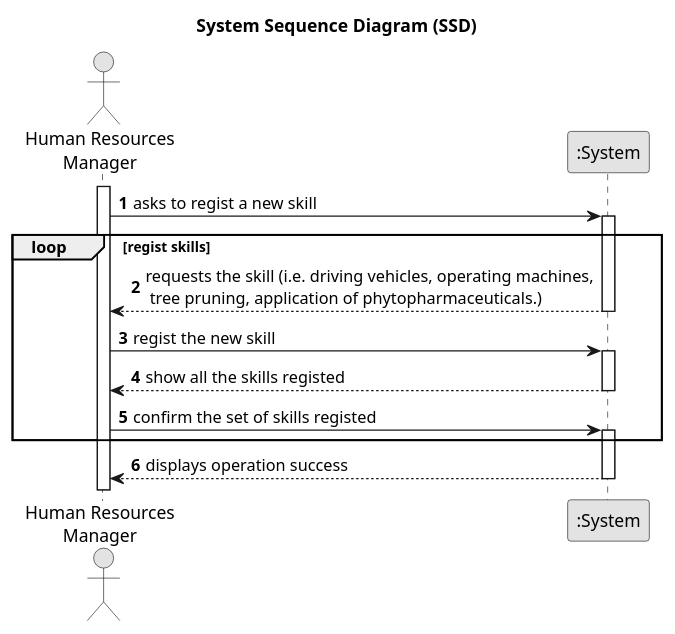
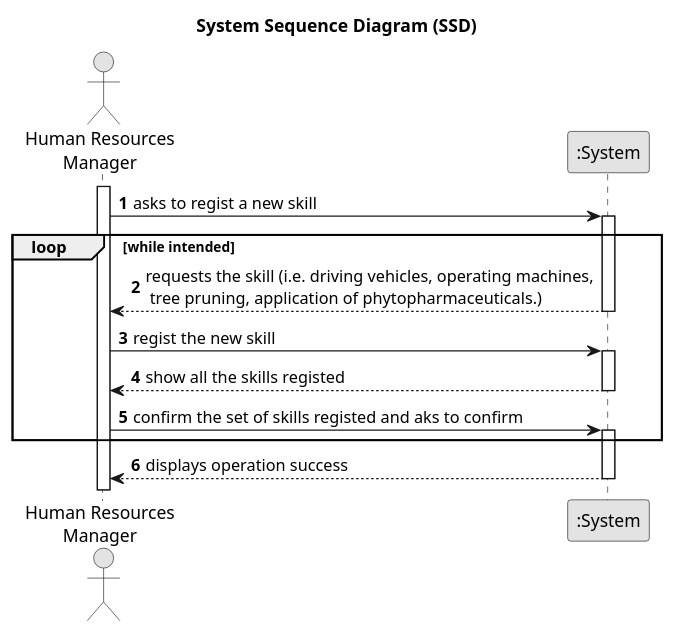
One commit to 1231360-ISEP/lei-24-s2-1db-g021 changed the diagram in docs/sprintA/us001/01.requirements-engineering/puml/us001-system-sequence-diagram-alternative-one.puml. Above: the diagram before and after it, drawn with PlantUML. The commit also changed 1 other file, not shown here.

Commit message:
Update the US01 and US05 SSD plant uml

```diff
--- a/docs/sprintA/us001/01.requirements-engineering/puml/us001-system-sequence-diagram-alternative-one.puml
+++ b/docs/sprintA/us001/01.requirements-engineering/puml/us001-system-sequence-diagram-alternative-one.puml
@@ -1,38 +1,37 @@
 @startuml
 skinparam monochrome true
 skinparam packageStyle rectangle
 skinparam shadowing false
 
 title System Sequence Diagram (SSD)
 
 autonumber
 
 actor "Human Resources\nManager" as HRM
 participant ":System" as System
 
 activate HRM
 
     HRM -> System : asks to regist a new skill
     activate System
 
-
-    loop regist skills
+    loop while intended
             System --> HRM : requests the skill (i.e. driving vehicles, operating machines,\n tree pruning, application of phytopharmaceuticals.)
         deactivate System
 
         HRM -> System : regist the new skill
         activate System
 
             System --> HRM : show all the skills registed
         deactivate System
 
-        HRM -> System : confirm the set of skills registed
+        HRM -> System : confirm the set of skills registed and aks to confirm
         activate System
 
     end
 
         System --> HRM : displays operation success
     deactivate System
 
 
 @enduml
```
